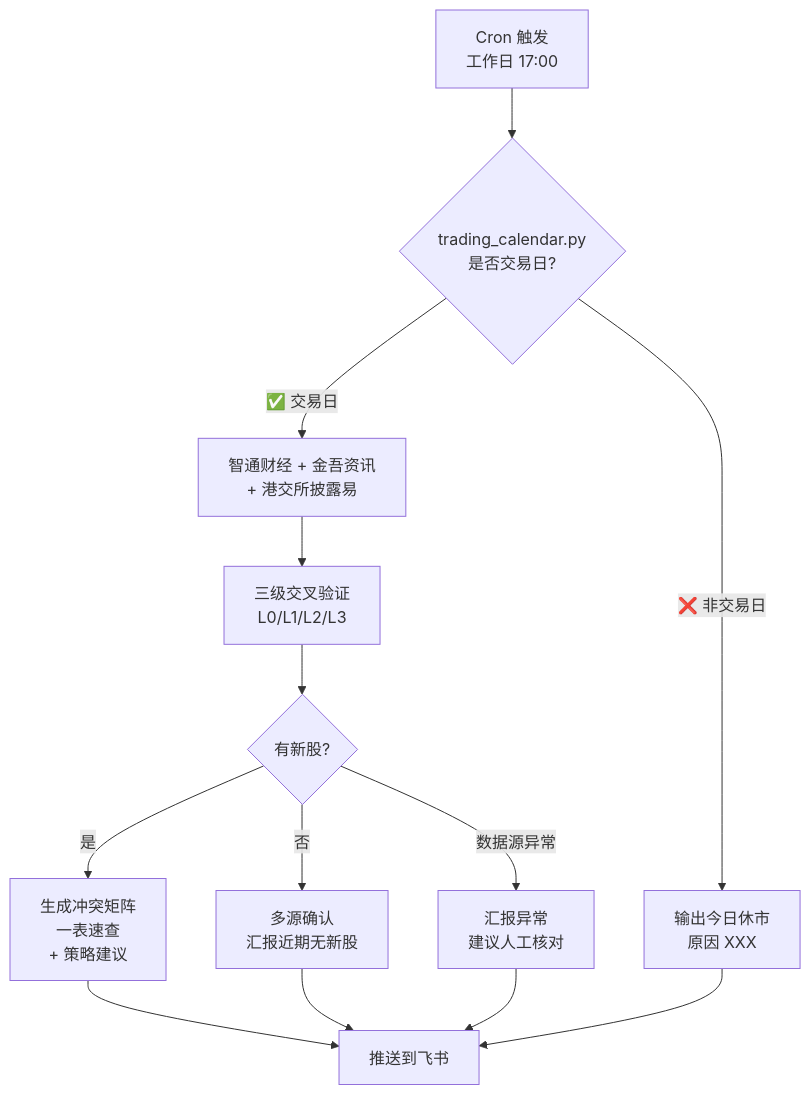
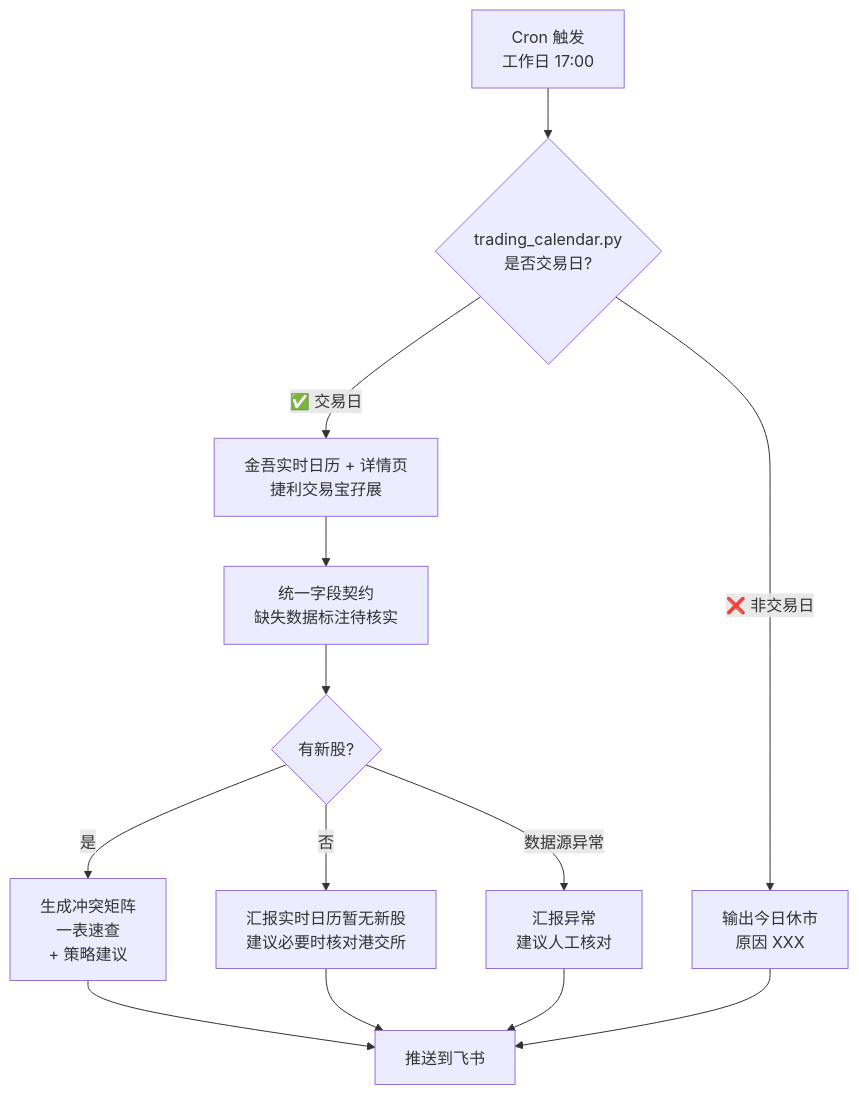
One commit to mrlintl123-a11y/hkex-ipo-tracker changed the diagram in README.md. Above: the diagram before and after it, drawn with Mermaid. The commit also changed other lines of this file and 12 other files, not shown here.

````diff
--- a/README.md
+++ b/README.md
@@ -17,15 +17,15 @@
 ```mermaid
 flowchart TD
     A[Cron 触发<br/>工作日 17:00] --> B{trading_calendar.py<br/>是否交易日?}
     B -->|❌ 非交易日| C[输出今日休市<br/>原因 XXX]
-    B -->|✅ 交易日| D[智通财经 + 金吾资讯<br/>+ 港交所披露易]
-    D --> E[三级交叉验证<br/>L0/L1/L2/L3]
+    B -->|✅ 交易日| D[金吾实时日历 + 详情页<br/>捷利交易宝孖展]
+    D --> E[统一字段契约<br/>缺失数据标注待核实]
     E --> F{有新股?}
     F -->|是| G[生成冲突矩阵<br/>一表速查<br/>+ 策略建议]
-    F -->|否| H[多源确认<br/>汇报近期无新股]
+    F -->|否| H[汇报实时日历暂无新股<br/>建议必要时核对港交所]
     F -->|数据源异常| I[汇报异常<br/>建议人工核对]
     G --> J[推送到飞书]
     H --> J
     I --> J
     C --> J
 ```
````
